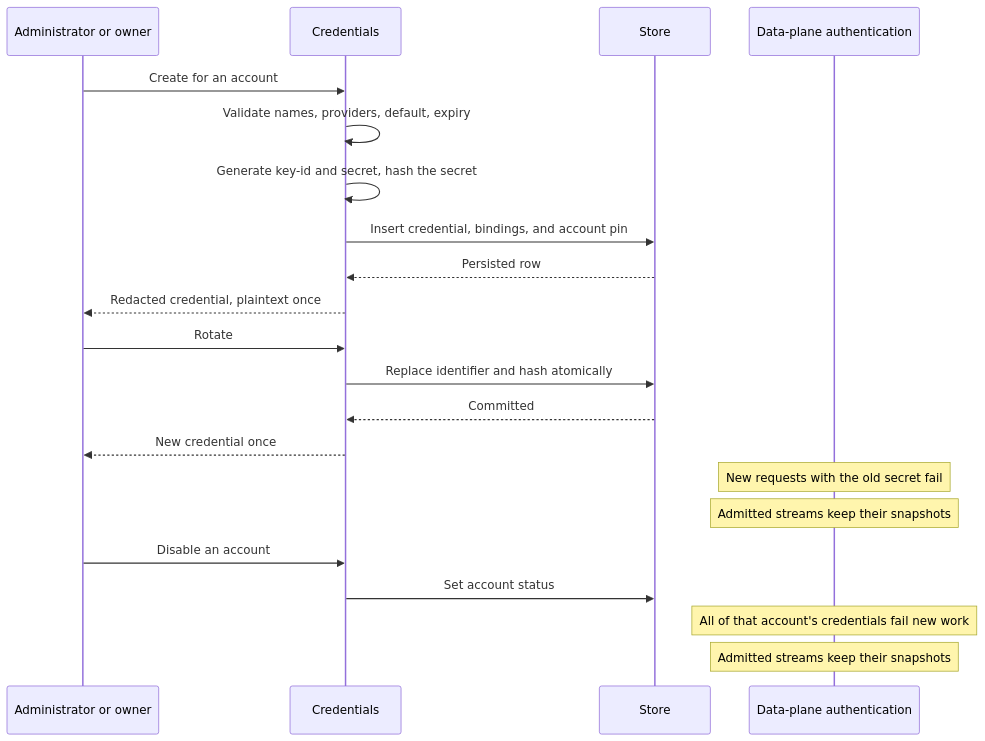
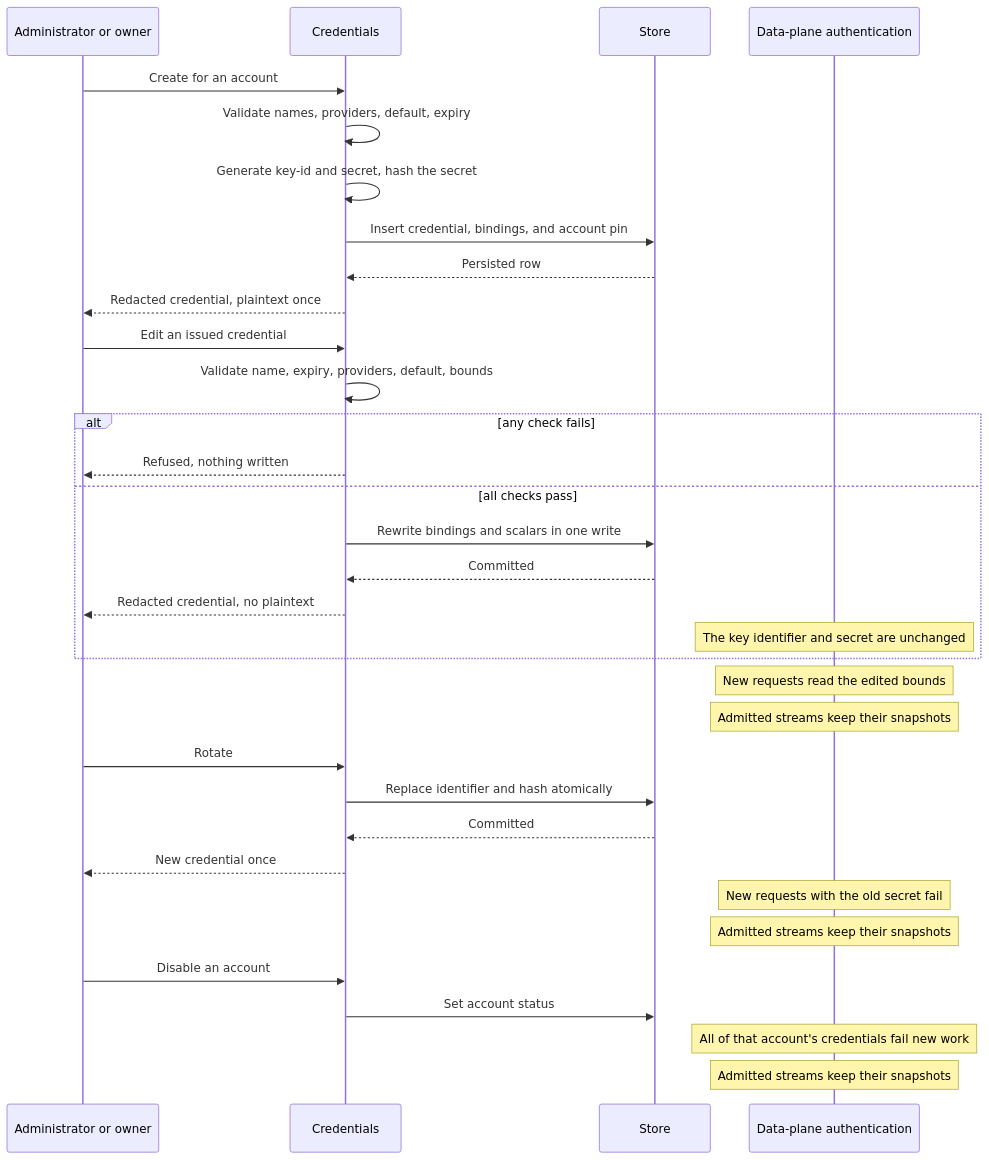
The diagram in doc/modules/credentials.md (sequencestream/tokenstream), drawn with Mermaid before and after one commit. The commit also changed other lines of this file and 13 other files, not shown here.

````diff
--- a/doc/modules/credentials.md
+++ b/doc/modules/credentials.md
@@ -27,26 +31,39 @@
 ```mermaid
 sequenceDiagram
     participant Caller as Administrator or owner
     participant K as Credentials
     participant Store as Store
     participant Auth as Data-plane authentication
 
     Caller->>K: Create for an account
     K->>K: Validate names, providers, default, expiry
     K->>K: Generate key-id and secret, hash the secret
     K->>Store: Insert credential, bindings, and account pin
     Store-->>K: Persisted row
     K-->>Caller: Redacted credential, plaintext once
 
+    Caller->>K: Edit an issued credential
+    K->>K: Validate name, expiry, providers, default, bounds
+    alt any check fails
+        K-->>Caller: Refused, nothing written
+    else all checks pass
+        K->>Store: Rewrite bindings and scalars in one write
+        Store-->>K: Committed
+        K-->>Caller: Redacted credential, no plaintext
+        Note over Auth: The key identifier and secret are unchanged
+    end
+    Note over Auth: New requests read the edited bounds
+    Note over Auth: Admitted streams keep their snapshots
+
     Caller->>K: Rotate
     K->>Store: Replace identifier and hash atomically
     Store-->>K: Committed
     K-->>Caller: New credential once
     Note over Auth: New requests with the old secret fail
     Note over Auth: Admitted streams keep their snapshots
 
     Caller->>K: Disable an account
     K->>Store: Set account status
     Note over Auth: All of that account's credentials fail new work
     Note over Auth: Admitted streams keep their snapshots
 ```
````
